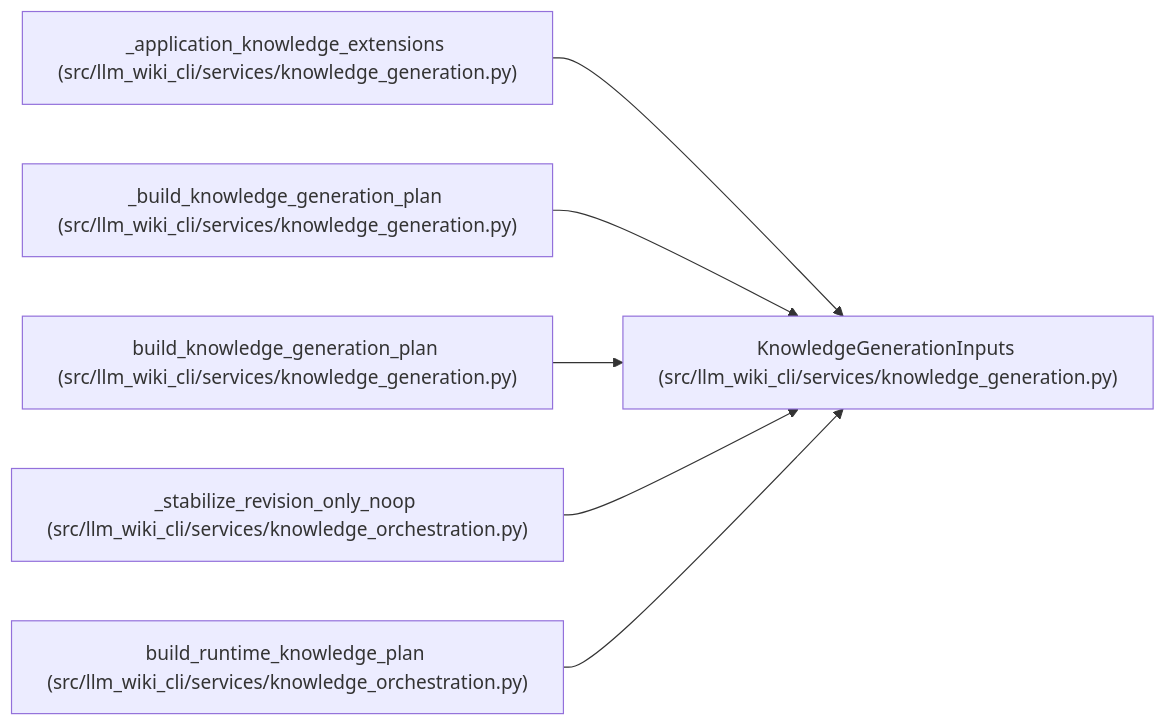
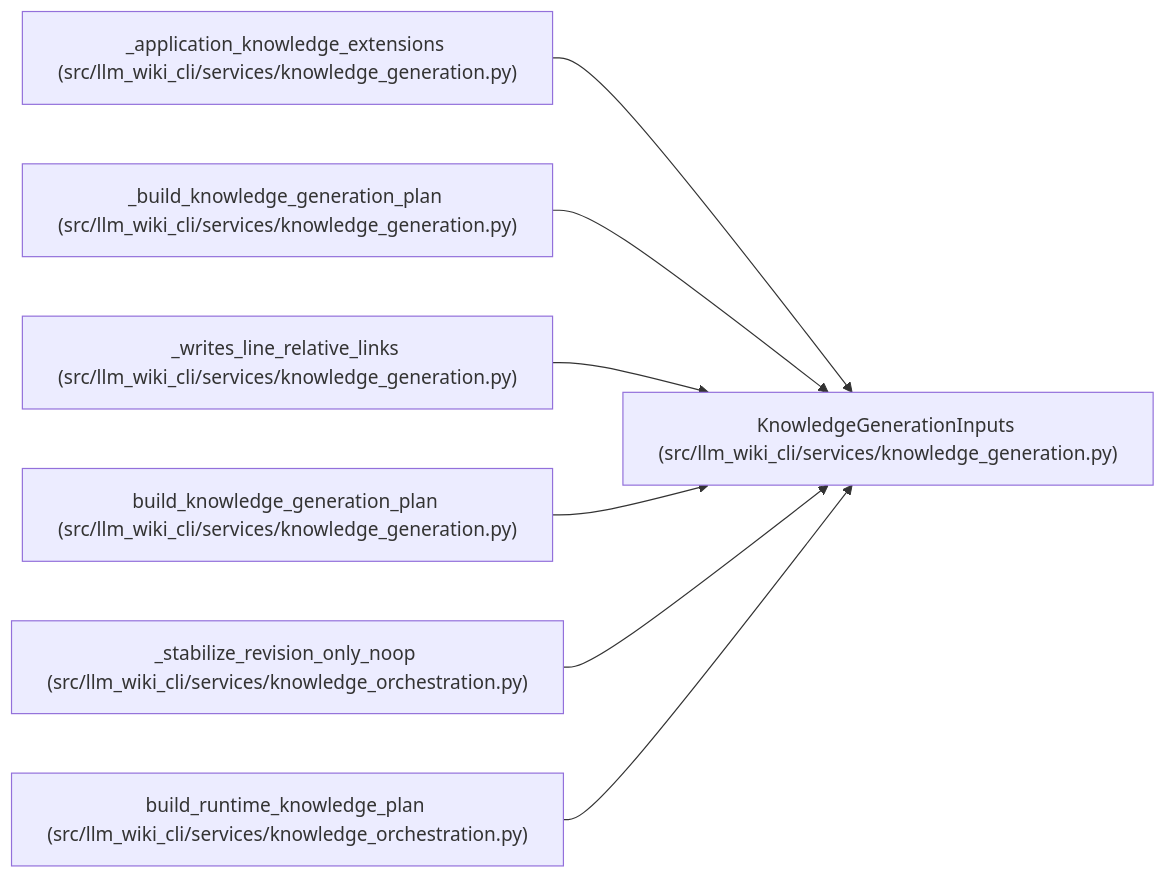
One commit to Denissvgn/python-wiki-llm changed the diagram in docs/llm_wiki/entities/KnowledgeGenerationInputs.md. Above: the diagram before and after it, drawn with Mermaid. The commit also changed other lines of this file and 725 other files, not shown here.

````diff
--- a/docs/llm_wiki/entities/KnowledgeGenerationInputs.md
+++ b/docs/llm_wiki/entities/KnowledgeGenerationInputs.md
@@ -92,20 +92,23 @@
 ```mermaid
 flowchart LR
     n0["KnowledgeGenerationInputs (src/llm_wiki_cli/services/knowledge_generation.py)"]
     n1["_application_knowledge_extensions (src/llm_wiki_cli/services/knowledge_generation.py)"]
     n2["_build_knowledge_generation_plan (src/llm_wiki_cli/services/knowledge_generation.py)"]
-    n3["build_knowledge_generation_plan (src/llm_wiki_cli/services/knowledge_generation.py)"]
-    n4["_stabilize_revision_only_noop (src/llm_wiki_cli/services/knowledge_orchestration.py)"]
-    n5["build_runtime_knowledge_plan (src/llm_wiki_cli/services/knowledge_orchestration.py)"]
+    n3["_writes_line_relative_links (src/llm_wiki_cli/services/knowledge_generation.py)"]
+    n4["build_knowledge_generation_plan (src/llm_wiki_cli/services/knowledge_generation.py)"]
+    n5["_stabilize_revision_only_noop (src/llm_wiki_cli/services/knowledge_orchestration.py)"]
+    n6["build_runtime_knowledge_plan (src/llm_wiki_cli/services/knowledge_orchestration.py)"]
     n1 --> n0
     n2 --> n0
     n3 --> n0
     n4 --> n0
     n5 --> n0
+    n6 --> n0
     click n0 "../modules/knowledge_generation.md"
     click n1 "../modules/knowledge_generation.md"
     click n2 "../modules/knowledge_generation.md"
     click n3 "../modules/knowledge_generation.md"
-    click n4 "../modules/knowledge_orchestration.md"
+    click n4 "../modules/knowledge_generation.md"
     click n5 "../modules/knowledge_orchestration.md"
+    click n6 "../modules/knowledge_orchestration.md"
 ```
````
